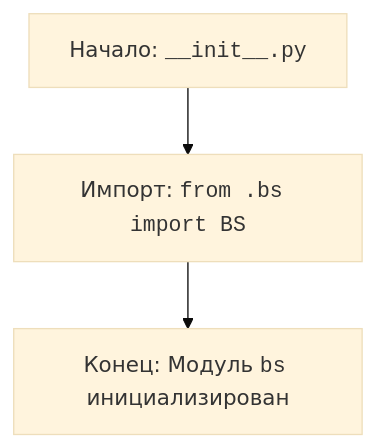
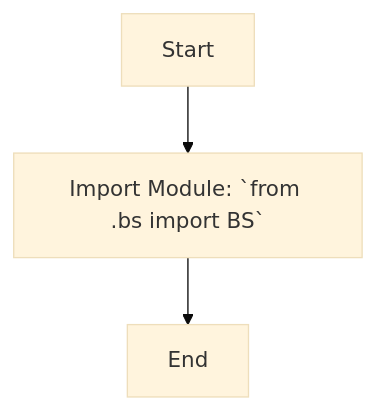
The diagram in docs/gemini/ru/explainer/src/webdriver/bs/__init__.py.md (hypo69/hypo), drawn with Mermaid (base theme) before and after one commit. The commit also changed other lines of this file and 1505 other files, not shown here.

````diff
--- a/docs/gemini/ru/explainer/src/webdriver/bs/__init__.py.md
+++ b/docs/gemini/ru/explainer/src/webdriver/bs/__init__.py.md
@@ -12,6 +10,5 @@
 ```mermaid
 flowchart TD
-    Start[Начало: <code>__init__.py</code>] --> Import_BS[Импорт: <code>from .bs import BS</code>]
-    Import_BS --> End[Конец: Модуль <code>bs</code> инициализирован]
-
+    Start --> Import_BS[Import Module: `from .bs import BS`]
+    Import_BS --> End
 ```
````
